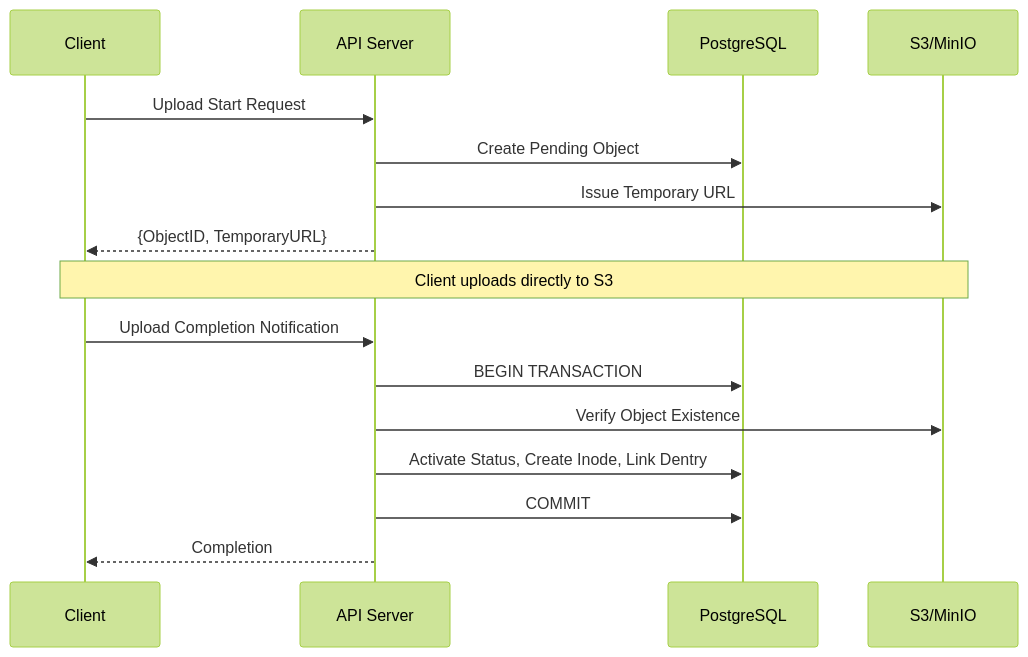
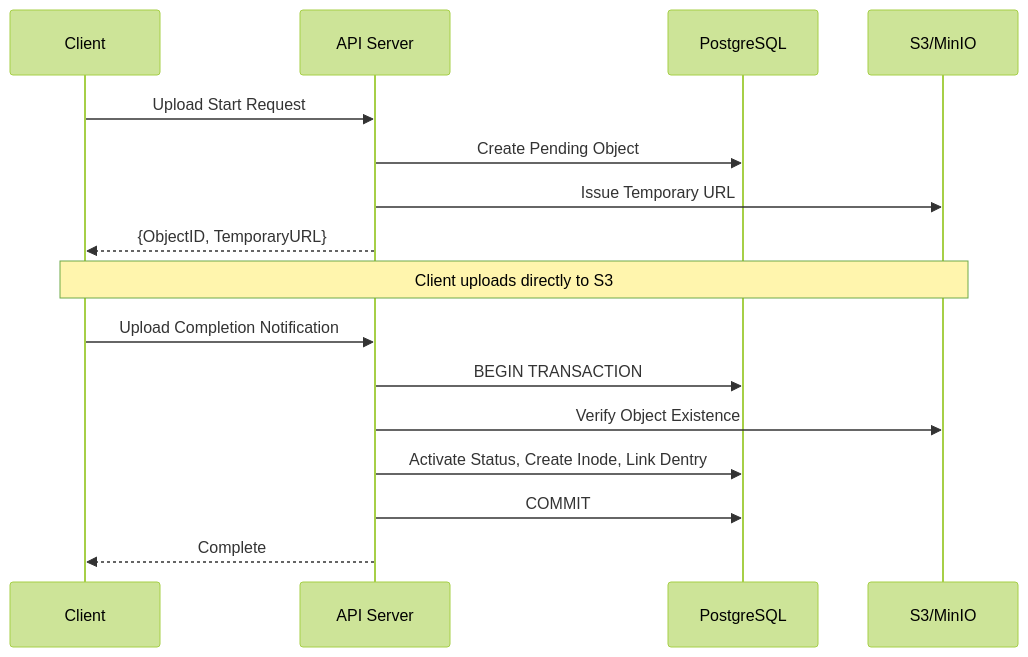
The second of 2 diagrams in src/content/blog/en/retrowin-deep-dive.md (mandacode-labs/mandacode-devs), drawn with Mermaid (forest theme) before and after one commit. The commit also changed other lines of this file and 40 other files, not shown here.

````diff
--- a/src/content/blog/en/retrowin-deep-dive.md
+++ b/src/content/blog/en/retrowin-deep-dive.md
@@ -47,21 +48,21 @@
 ```mermaid
 sequenceDiagram
     participant Client as Client
     participant API as API Server
     participant DB as PostgreSQL
     participant S3 as S3/MinIO
 
     Client->>API: Upload Start Request
     API->>DB: Create Pending Object
     API->>S3: Issue Temporary URL
     API-->>Client: {ObjectID, TemporaryURL}
 
     Note over Client,S3: Client uploads directly to S3
 
     Client->>API: Upload Completion Notification
     API->>DB: BEGIN TRANSACTION
     API->>S3: Verify Object Existence
     API->>DB: Activate Status, Create Inode, Link Dentry
     API->>DB: COMMIT
-    API-->>Client: Completion
+    API-->>Client: Complete
 ```
````
